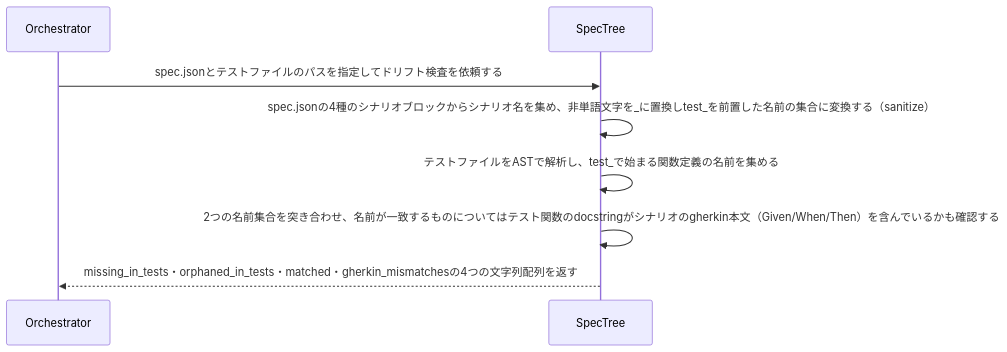
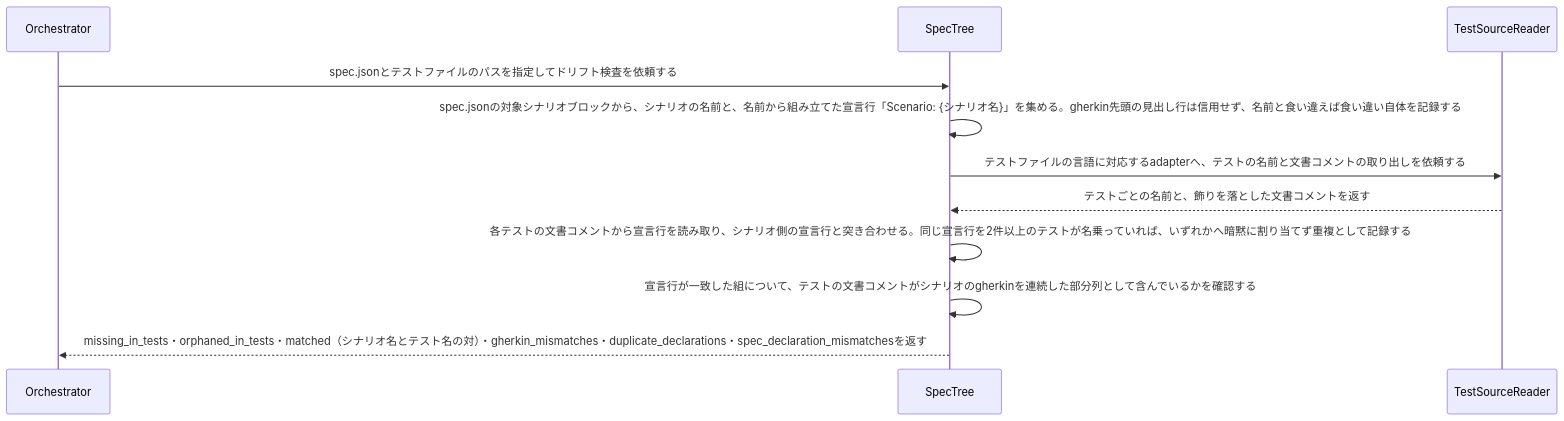
One commit to daidaiiro-519/waffle changed the diagram in .waffle/specs/bc-waffle/subdomain/sd-reconciliation/usecase/uc-check-scenario-drift.md. Above: the diagram before and after it, drawn with Mermaid. The commit also changed other lines of this file and 6 other files, not shown here.

````diff
--- a/.waffle/specs/bc-waffle/subdomain/sd-reconciliation/usecase/uc-check-scenario-drift.md
+++ b/.waffle/specs/bc-waffle/subdomain/sd-reconciliation/usecase/uc-check-scenario-drift.md
@@ -35,8 +45,10 @@
 ```mermaid
 sequenceDiagram
     Orchestrator->>SpecTree: spec.jsonとテストファイルのパスを指定してドリフト検査を依頼する
-    SpecTree->>SpecTree: spec.jsonの4種のシナリオブロックからシナリオ名を集め、非単語文字を_に置換しtest_を前置した名前の集合に変換する（sanitize）
-    SpecTree->>SpecTree: テストファイルをASTで解析し、test_で始まる関数定義の名前を集める
-    SpecTree->>SpecTree: 2つの名前集合を突き合わせ、名前が一致するものについてはテスト関数のdocstringがシナリオのgherkin本文（Given/When/Then）を含んでいるかも確認する
-    SpecTree-->>Orchestrator: missing_in_tests・orphaned_in_tests・matched・gherkin_mismatchesの4つの文字列配列を返す
+    SpecTree->>SpecTree: spec.jsonの対象シナリオブロックから、シナリオの名前と、名前から組み立てた宣言行「Scenario: {シナリオ名}」を集める。gherkin先頭の見出し行は信用せず、名前と食い違えば食い違い自体を記録する
+    SpecTree->>TestSourceReader: テストファイルの言語に対応するadapterへ、テストの名前と文書コメントの取り出しを依頼する
+    TestSourceReader-->>SpecTree: テストごとの名前と、飾りを落とした文書コメントを返す
+    SpecTree->>SpecTree: 各テストの文書コメントから宣言行を読み取り、シナリオ側の宣言行と突き合わせる。同じ宣言行を2件以上のテストが名乗っていれば、いずれかへ暗黙に割り当てず重複として記録する
+    SpecTree->>SpecTree: 宣言行が一致した組について、テストの文書コメントがシナリオのgherkinを連続した部分列として含んでいるかを確認する
+    SpecTree-->>Orchestrator: missing_in_tests・orphaned_in_tests・matched（シナリオ名とテスト名の対）・gherkin_mismatches・duplicate_declarations・spec_declaration_mismatchesを返す
 ```
````
